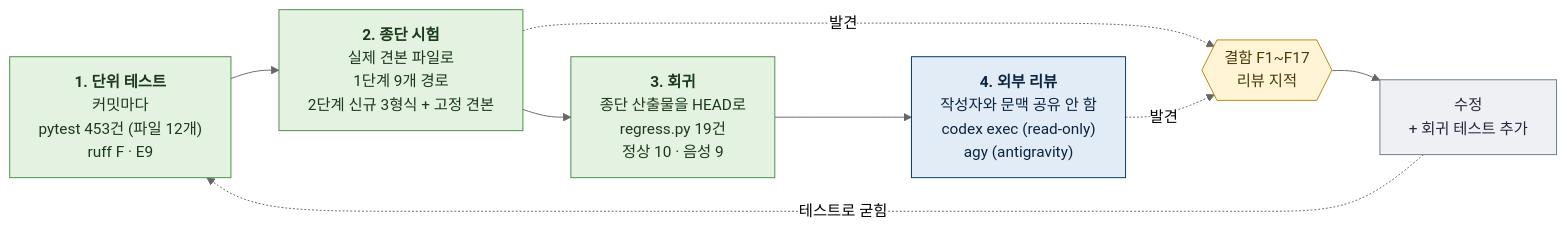
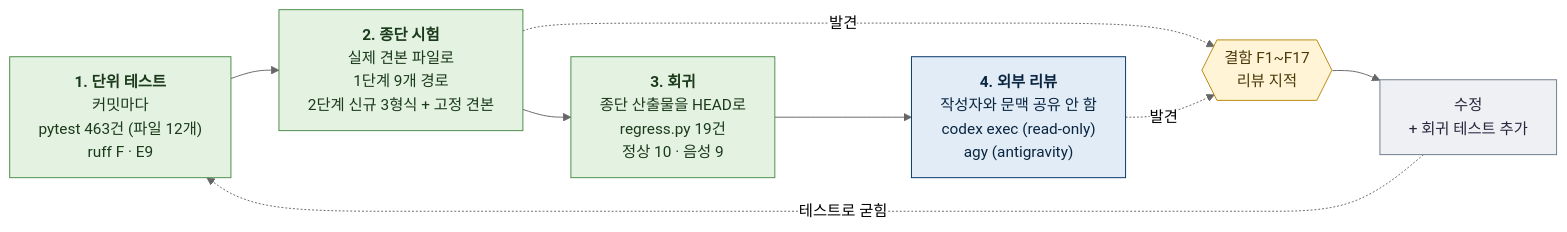
One commit to yarang/skills-for-work changed the diagram in docu-writer/docs/diagrams/quality-layers.mmd. Above: the diagram before and after it, drawn with Mermaid (neutral theme). The commit also changed 12 other files, not shown here.

```diff
--- a/docu-writer/docs/diagrams/quality-layers.mmd
+++ b/docu-writer/docs/diagrams/quality-layers.mmd
@@ -1,23 +1,23 @@
 %% 개발 품질은 네 겹으로 지킨다: 단위 테스트, 실제 파일로 도는 종단 시험, 그 산출물을 HEAD 코드로 다시 돌리는 회귀, 외부 모델 리뷰. 찾은 결함은 고친 뒤 테스트로 굳힌다
 %%{init: {"flowchart": {"wrappingWidth": 360}}}%%
 flowchart LR
-  T1["<b>1. 단위 테스트</b><br/>커밋마다<br/>pytest 453건 (파일 12개)<br/>ruff F · E9"]
+  T1["<b>1. 단위 테스트</b><br/>커밋마다<br/>pytest 463건 (파일 12개)<br/>ruff F · E9"]
   E1["<b>2. 종단 시험</b><br/>실제 견본 파일로<br/>1단계 9개 경로<br/>2단계 신규 3형식 + 고정 견본"]
   G1["<b>3. 회귀</b><br/>종단 산출물을 HEAD로<br/>regress.py 19건<br/>정상 10 · 음성 9"]
   X1["<b>4. 외부 리뷰</b><br/>작성자와 문맥 공유 안 함<br/>codex exec (read-only)<br/>agy (antigravity)"]
   F{{"결함 F1~F17<br/>리뷰 지적"}}
   FIX["수정<br/>+ 회귀 테스트 추가"]
   T1 --> E1 --> G1 --> X1
   E1 -.->|발견| F
   X1 -.->|발견| F
   F --> FIX
   FIX -.->|테스트로 굳힘| T1
 
   classDef done fill:#E3F2E1,stroke:#4C8C4A,color:#1B3A1A
   classDef agent fill:#E1ECF7,stroke:#003366,color:#0A2540
   classDef gate fill:#FFF4D6,stroke:#B8860B,color:#4A3A0A
   classDef main fill:#EEF0F3,stroke:#6B7B8C,color:#28253D
   class T1,E1,G1 done
   class X1 agent
   class F gate
   class FIX main
```
